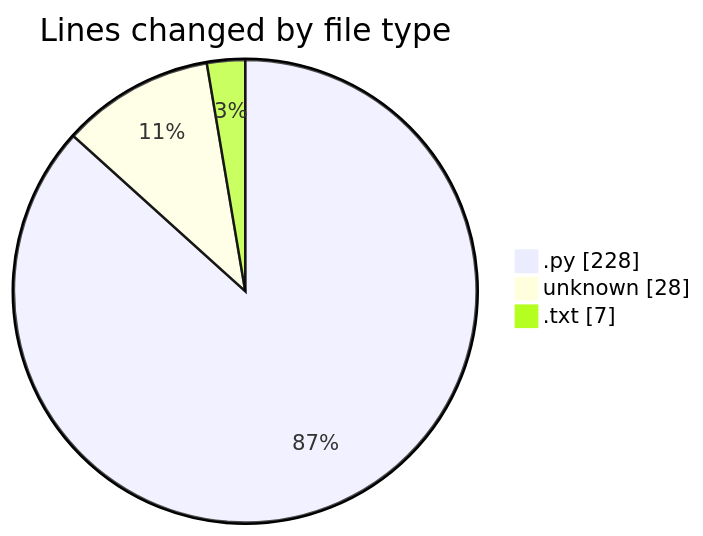
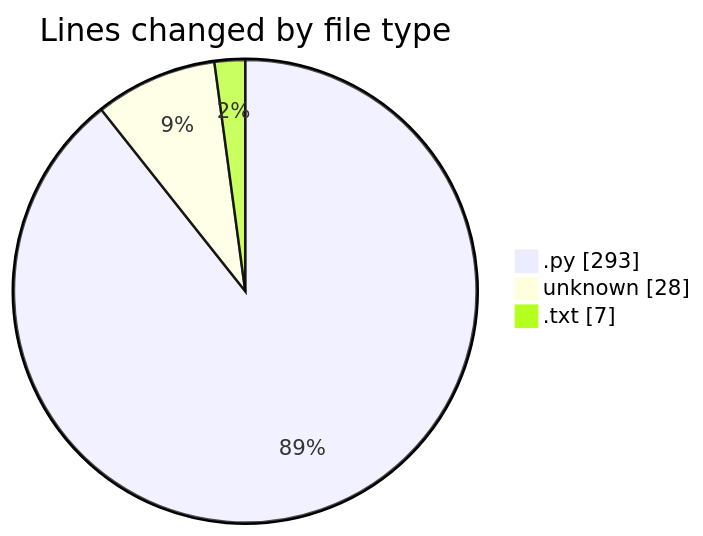
Before and after one commit to momahboobian/code-tracking: the first of 2 diagrams in 2026-09-18/video-downloader/README.md, drawn with Mermaid. The commit also changed other lines of this file and 1 other file, not shown here.

````diff
--- a/2026-09-18/video-downloader/README.md
+++ b/2026-09-18/video-downloader/README.md
@@ -23,7 +23,7 @@
 ```mermaid
 pie showData
 title Lines changed by file type
-".py" : 228
+".py" : 293
 "unknown" : 28
 ".txt" : 7
 ```
````
